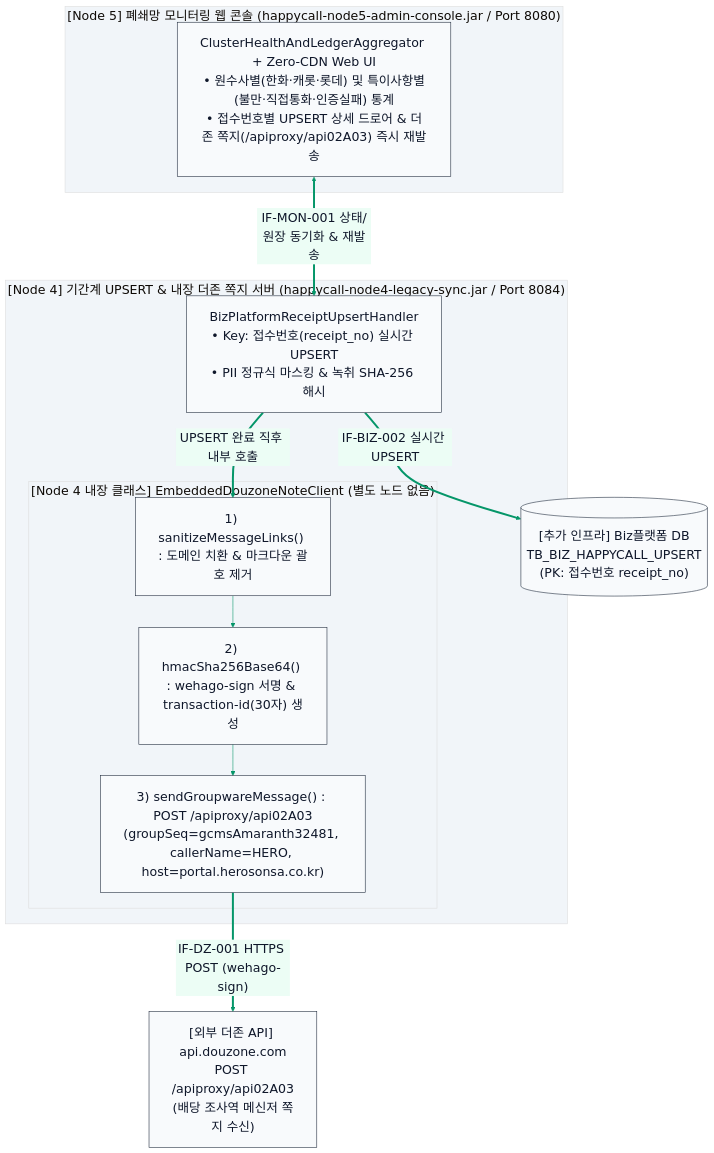
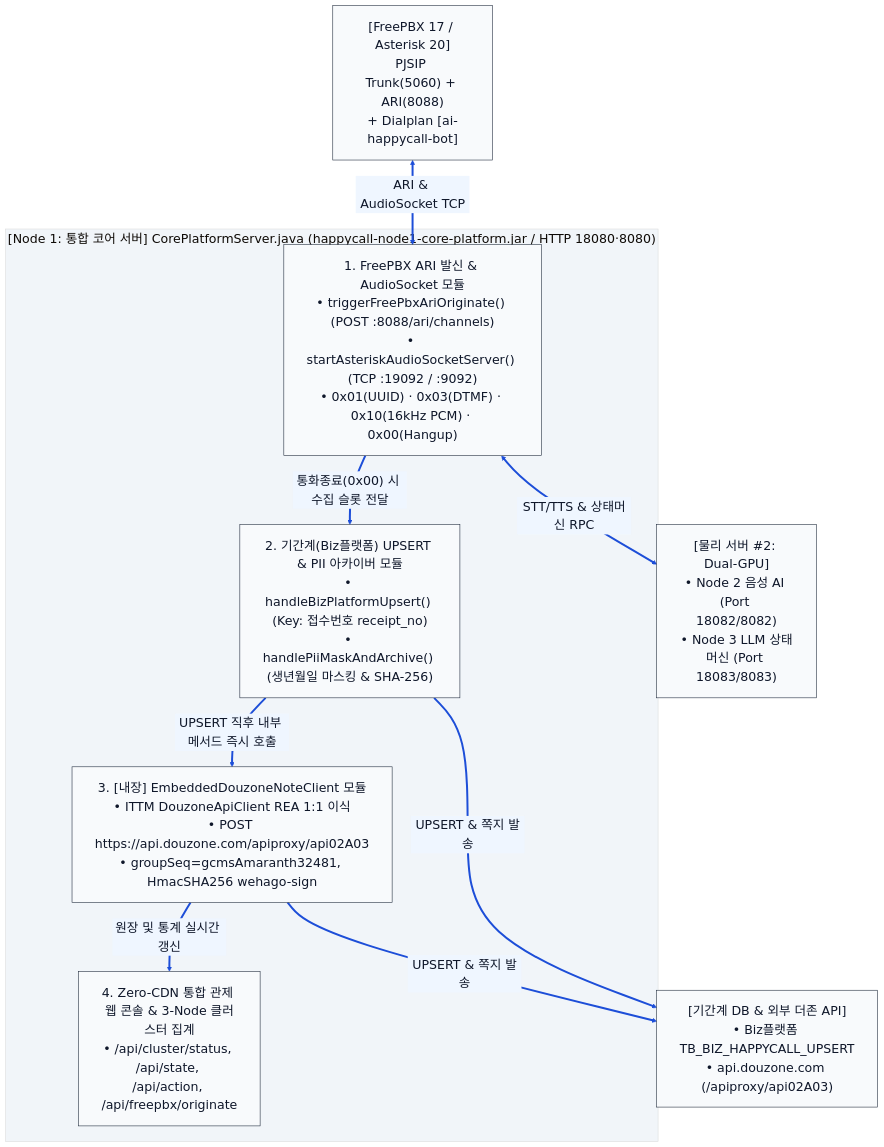
The first of 2 diagrams in dist/docs/02_응용프로그램_설계도면.md (herosonsa1/AI_HappyCall), drawn with Mermaid before and after one commit. The commit also changed other lines of this file and 88 other files, not shown here.

Commit message:
feat: consolidate Node 1+4+5 into unified Node 1 Core Platform (3-Node / 2 physical servers) and add FreePBX 17 AudioSocket/ARI implementation & docs

````diff
--- a/dist/docs/02_응용프로그램_설계도면.md
+++ b/dist/docs/02_응용프로그램_설계도면.md
@@ -114,42 +67,39 @@
 ```mermaid
 %%{init: {
   'theme': 'base',
   'themeVariables': {
     'fontSize': '22px',
     'fontFamily': 'Pretendard, Malgun Gothic, sans-serif',
     'primaryColor': '#f8fafc',
     'primaryTextColor': '#0f172a',
     'primaryBorderColor': '#1e293b',
-    'lineColor': '#059669',
-    'secondaryColor': '#ecfdf5',
+    'lineColor': '#1d4ed8',
+    'secondaryColor': '#eff6ff',
     'tertiaryColor': '#f1f5f9'
   },
   'flowchart': {
     'nodeSpacing': 45,
     'rankSpacing': 55,
     'padding': 20
   }
 }}%%
 flowchart TD
-    subgraph N4_BOX["[Node 4] 기간계 UPSERT & 내장 더존 쪽지 서버 (happycall-node4-legacy-sync.jar / Port 8084)"]
-        N4_UPSERT["BizPlatformReceiptUpsertHandler\n• Key: 접수번호(receipt_no) 실시간 UPSERT\n• PII 정규식 마스킹 & 녹취 SHA-256 해시"]
-        subgraph N4_DZ_CLASS["[Node 4 내장 클래스] EmbeddedDouzoneNoteClient (별도 노드 없음)"]
-            DZ_STEP1["1) sanitizeMessageLinks() : 도메인 치환 & 마크다운 괄호 제거"]
-            DZ_STEP2["2) hmacSha256Base64() : wehago-sign 서명 & transaction-id(30자) 생성"]
-            DZ_STEP3["3) sendGroupwareMessage() : POST /apiproxy/api02A03\n(groupSeq=gcmsAmaranth32481, callerName=HERO, host=portal.herosonsa.co.kr)"]
-            DZ_STEP1 --> DZ_STEP2 --> DZ_STEP3
-        end
-        N4_UPSERT ==>|"UPSERT 완료 직후 내부 호출"| DZ_STEP1
+    subgraph N1_CORE["[Node 1: 통합 코어 서버] CorePlatformServer.java (happycall-node1-core-platform.jar / HTTP 18080·8080)"]
+        MOD_PBX["1. FreePBX ARI 발신 & AudioSocket 모듈\n• triggerFreePbxAriOriginate() (POST :8088/ari/channels)\n• startAsteriskAudioSocketServer() (TCP :19092 / :9092)\n• 0x01(UUID) · 0x03(DTMF) · 0x10(16kHz PCM) · 0x00(Hangup)"]
+        MOD_UPSERT["2. 기간계(Biz플랫폼) UPSERT & PII 아카이버 모듈\n• handleBizPlatformUpsert() (Key: 접수번호 receipt_no)\n• handlePiiMaskAndArchive() (생년월일 마스킹 & SHA-256)"]
+        MOD_DZ["3. [내장] EmbeddedDouzoneNoteClient 모듈\n• ITTM DouzoneApiClient REA 1:1 이식\n• POST https://api.douzone.com/apiproxy/api02A03\n• groupSeq=gcmsAmaranth32481, HmacSHA256 wehago-sign"]
+        MOD_WEB["4. Zero-CDN 통합 관제 웹 콘솔 & 3-Node 클러스터 집계\n• /api/cluster/status, /api/state, /api/action, /api/freepbx/originate"]
+
+        MOD_PBX ==>|"통화종료(0x00) 시 수집 슬롯 전달"| MOD_UPSERT
+        MOD_UPSERT ==>|"UPSERT 직후 내부 메서드 즉시 호출"| MOD_DZ
+        MOD_DZ ==>|"원장 및 통계 실시간 갱신"| MOD_WEB
     end
 
-    subgraph N5_BOX["[Node 5] 폐쇄망 모니터링 웹 콘솔 (happycall-node5-admin-console.jar / Port 8080)"]
-        N5_WEB["ClusterHealthAndLedgerAggregator + Zero-CDN Web UI\n• 원수사별(한화·캐롯·롯데) 및 특이사항별(불만·직접통화·인증실패) 통계\n• 접수번호별 UPSERT 상세 드로어 & 더존 쪽지(/apiproxy/api02A03) 즉시 재발송"]
-    end
+    FPBX["[FreePBX 17 / Asterisk 20]\nPJSIP Trunk(5060) + ARI(8088)\n+ Dialplan [ai-happycall-bot]"]
+    GPU_NODES["[물리 서버 #2: Dual-GPU]\n• Node 2 음성 AI (Port 18082/8082)\n• Node 3 LLM 상태머신 (Port 18083/8083)"]
+    EXT_BIZ_DZ["[기간계 DB & 외부 더존 API]\n• Biz플랫폼 TB_BIZ_HAPPYCALL_UPSERT\n• api.douzone.com (/apiproxy/api02A03)"]
 
-    EXT_BIZ_UPSERT[("[추가 인프라] Biz플랫폼 DB\nTB_BIZ_HAPPYCALL_UPSERT\n(PK: 접수번호 receipt_no)")]
-    EXT_DOUZONE_GW["[외부 더존 API] api.douzone.com\nPOST /apiproxy/api02A03\n(배당 조사역 메신저 쪽지 수신)"]
-
-    N4_UPSERT ==>|"IF-BIZ-002 실시간 UPSERT"| EXT_BIZ_UPSERT
-    DZ_STEP3 ==>|"IF-DZ-001 HTTPS POST (wehago-sign)"| EXT_DOUZONE_GW
-    N5_WEB <==>|"IF-MON-001 상태/원장 동기화 & 재발송"| N4_UPSERT
+    FPBX <==>|"ARI & AudioSocket TCP"| MOD_PBX
+    MOD_PBX <==>|"STT/TTS & 상태머신 RPC"| GPU_NODES
+    MOD_UPSERT & MOD_DZ ==>|"UPSERT & 쪽지 발송"| EXT_BIZ_DZ
 ```
````
